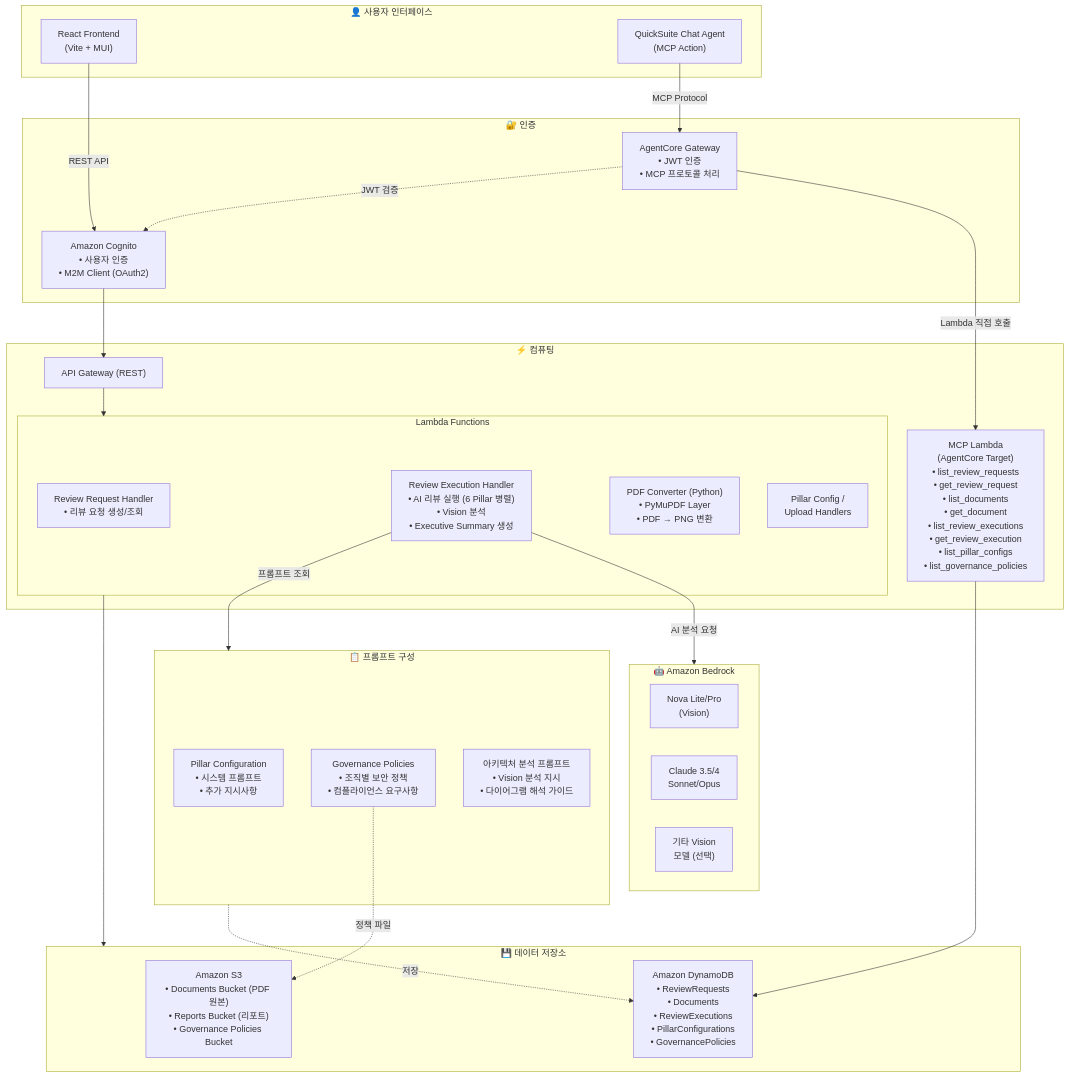
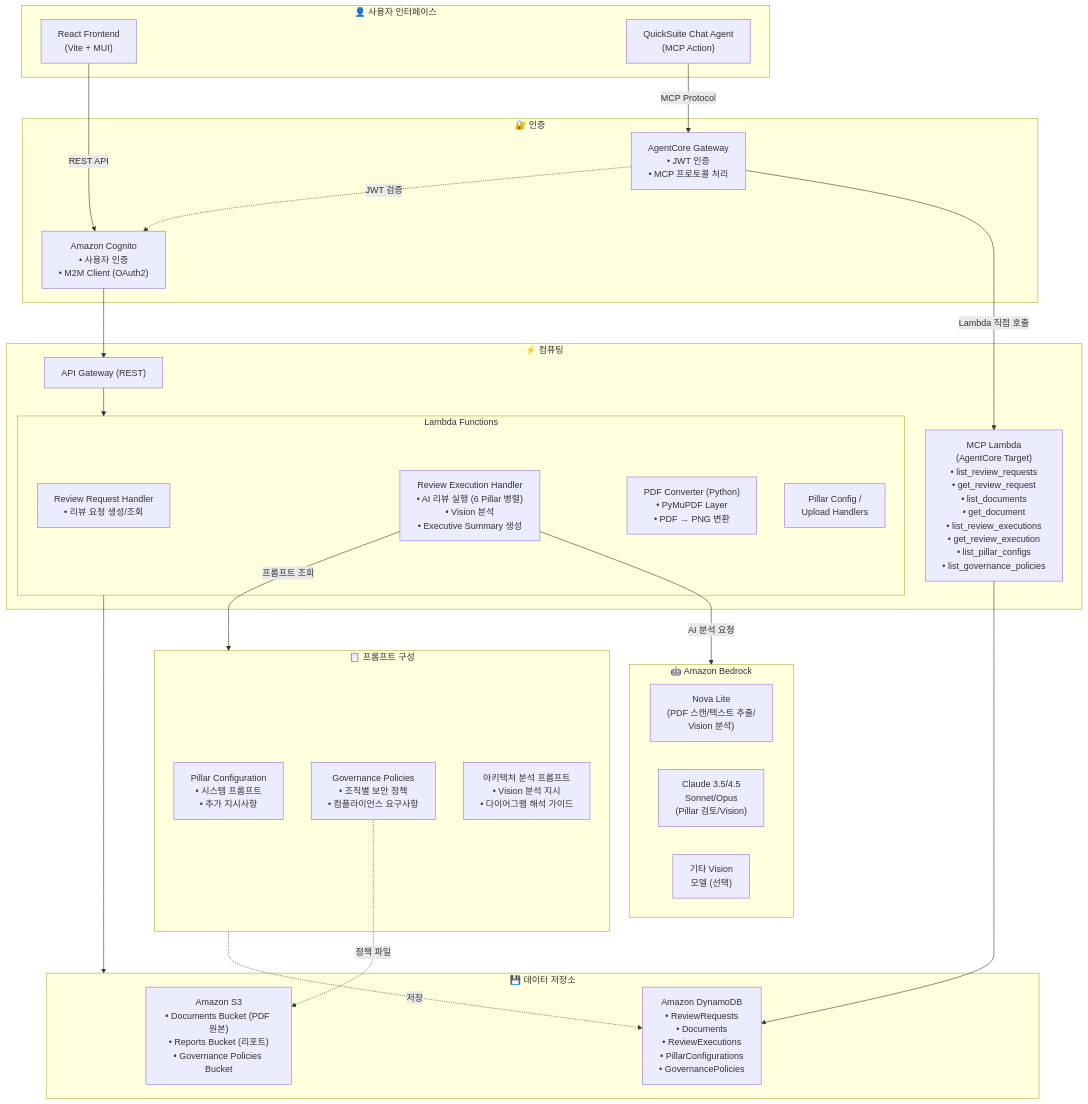
Before and after one commit to ironpe/well-architected-review-using-bedrock-with-quicksuite-chat-embeding: the diagram in README.md, drawn with Mermaid. The commit also changed other lines of this file and 33 other files, not shown here.

First line of the commit message:
feat: Add i18n, cost tracking, governance compliance, pillar model config, full PDF text extraction, and English README

````diff
--- a/README.md
+++ b/README.md
@@ -52,58 +57,58 @@
 ```mermaid
 flowchart TB
     subgraph UI["👤 사용자 인터페이스"]
         Frontend["React Frontend<br/>(Vite + MUI)"]
         ChatAgent["QuickSuite Chat Agent<br/>(MCP Action)"]
     end
 
     subgraph Auth["🔐 인증"]
         Cognito["Amazon Cognito<br/>• 사용자 인증<br/>• M2M Client (OAuth2)"]
         AGW["AgentCore Gateway<br/>• JWT 인증<br/>• MCP 프로토콜 처리"]
     end
 
     subgraph Compute["⚡ 컴퓨팅"]
         APIGW["API Gateway (REST)"]
         
         subgraph Lambda["Lambda Functions"]
             ReviewHandler["Review Request Handler<br/>• 리뷰 요청 생성/조회"]
             ExecHandler["Review Execution Handler<br/>• AI 리뷰 실행 (6 Pillar 병렬)<br/>• Vision 분석<br/>• Executive Summary 생성"]
             PDFConverter["PDF Converter (Python)<br/>• PyMuPDF Layer<br/>• PDF → PNG 변환"]
             OtherHandlers["Pillar Config /<br/>Upload Handlers"]
         end
         
         MCPLambda["MCP Lambda<br/>(AgentCore Target)<br/>• list_review_requests<br/>• get_review_request<br/>• list_documents<br/>• get_document<br/>• list_review_executions<br/>• get_review_execution<br/>• list_pillar_configs<br/>• list_governance_policies"]
     end
 
     subgraph Prompts["📋 프롬프트 구성"]
         PillarConfig["Pillar Configuration<br/>• 시스템 프롬프트<br/>• 추가 지시사항"]
         Governance["Governance Policies<br/>• 조직별 보안 정책<br/>• 컴플라이언스 요구사항"]
         DiagramPrompt["아키텍처 분석 프롬프트<br/>• Vision 분석 지시<br/>• 다이어그램 해석 가이드"]
     end
 
     subgraph AI["🤖 Amazon Bedrock"]
-        Nova["Nova Lite/Pro<br/>(Vision)"]
-        Claude["Claude 3.5/4<br/>Sonnet/Opus"]
+        Nova["Nova Lite<br/>(PDF 스캔/텍스트 추출/<br/>Vision 분석)"]
+        Claude["Claude 3.5/4.5<br/>Sonnet/Opus<br/>(Pillar 검토/Vision)"]
         Other["기타 Vision<br/>모델 (선택)"]
     end
 
     subgraph Storage["💾 데이터 저장소"]
         S3["Amazon S3<br/>• Documents Bucket (PDF 원본)<br/>• Reports Bucket (리포트)<br/>• Governance Policies Bucket"]
         DDB["Amazon DynamoDB<br/>• ReviewRequests<br/>• Documents<br/>• ReviewExecutions<br/>• PillarConfigurations<br/>• GovernancePolicies"]
     end
 
     Frontend -->|REST API| Cognito
     Cognito --> APIGW
     APIGW --> Lambda
     
     ChatAgent -->|MCP Protocol| AGW
     AGW -.->|JWT 검증| Cognito
     AGW -->|Lambda 직접 호출| MCPLambda
     
     ExecHandler -->|프롬프트 조회| Prompts
     Prompts -.->|저장| DDB
     Governance -.->|정책 파일| S3
     
     ExecHandler -->|AI 분석 요청| AI
     Lambda --> Storage
     MCPLambda --> DDB
 ```
````
